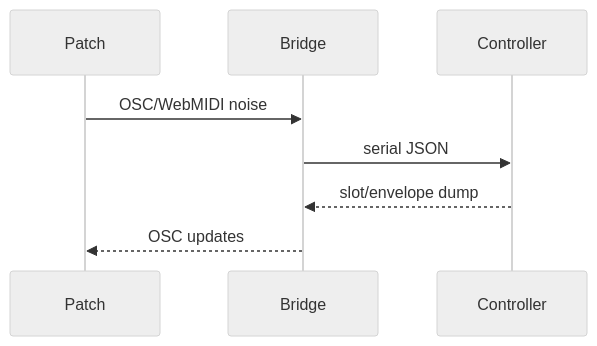
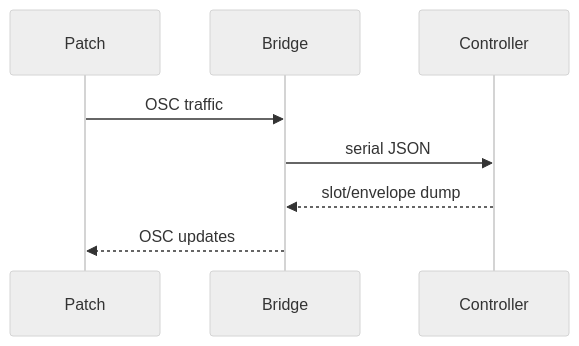
Before and after one commit to bseverns/MOARkNOBS-42: the diagram in docs/examples/README.md, drawn with Mermaid (neutral theme). The commit also changed other lines of this file and 33 other files, not shown here.

````diff
--- a/docs/examples/README.md
+++ b/docs/examples/README.md
@@ -7,10 +5,10 @@
 ```mermaid
 sequenceDiagram
     participant Patch
     participant Bridge
     participant Controller
-    Patch->>Bridge: OSC/WebMIDI noise
+    Patch->>Bridge: OSC traffic
     Bridge->>Controller: serial JSON
     Controller-->>Bridge: slot/envelope dump
     Bridge-->>Patch: OSC updates
 ```
````
